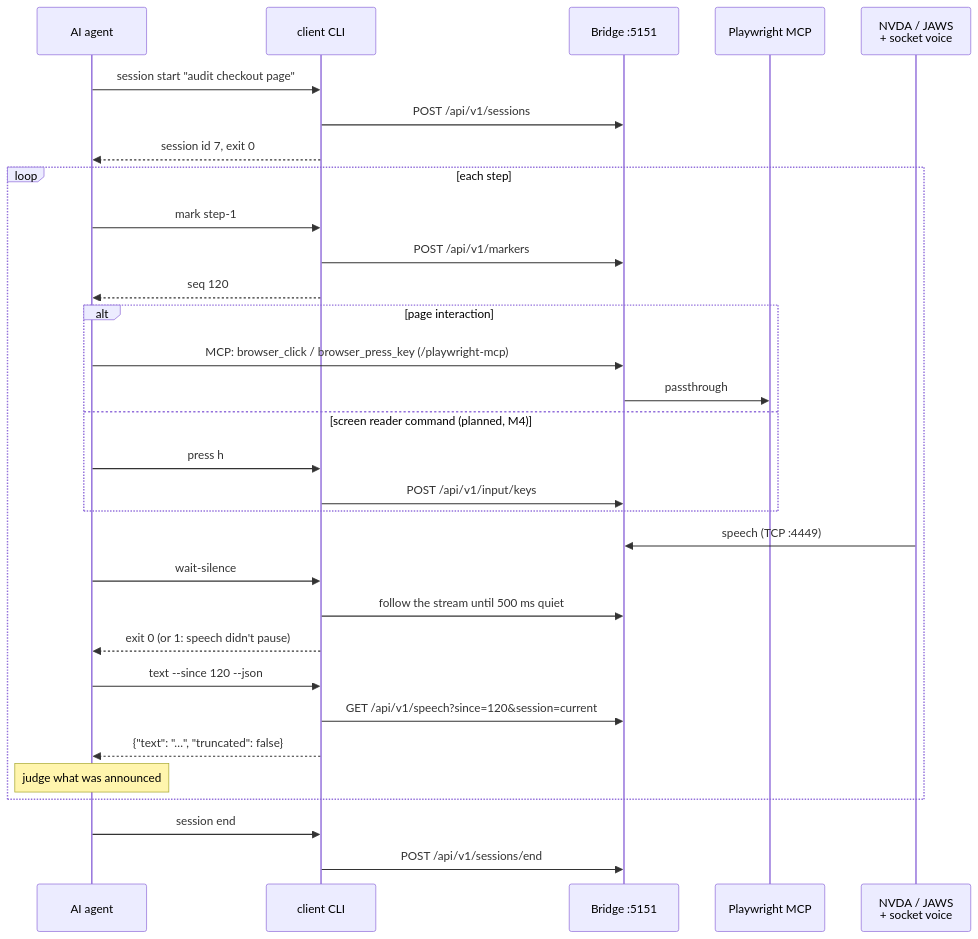
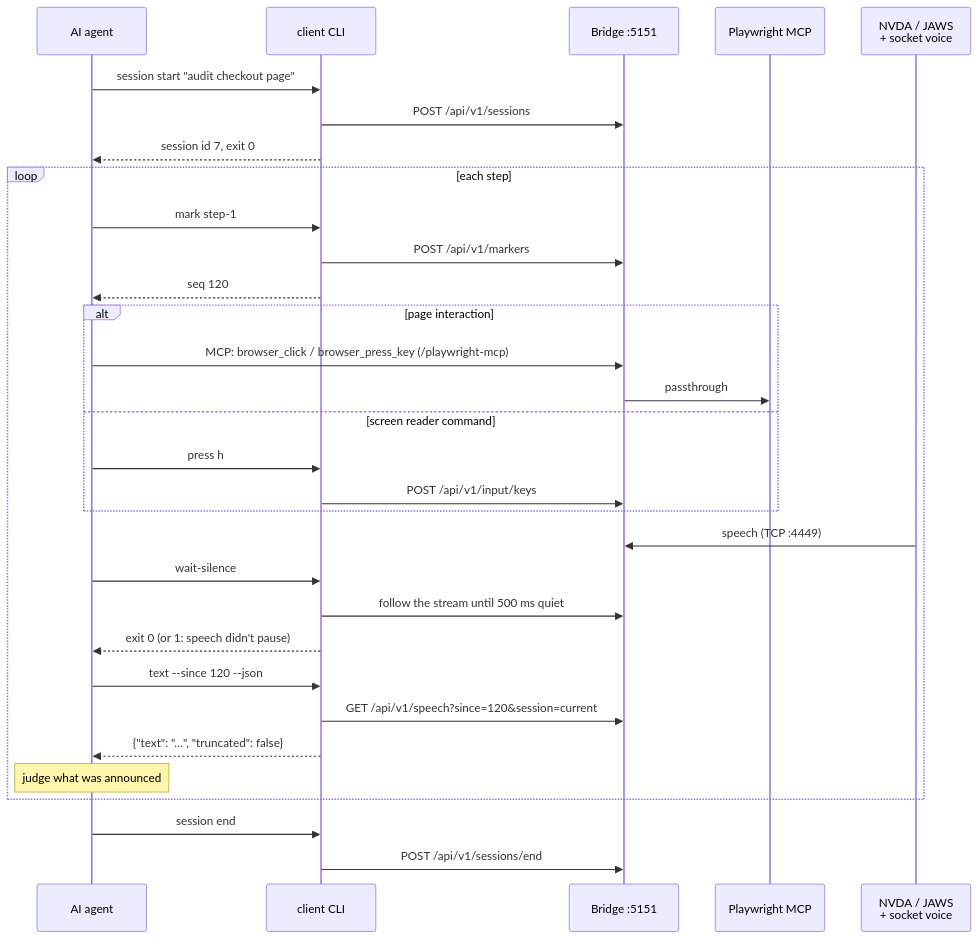
Before and after one commit to TimoSto/screenreader-speech-capture: the first of 2 diagrams in docs/usage/flows/agents.md, drawn with Mermaid. The commit also changed 73 other files, not shown here.

````diff
--- a/docs/usage/flows/agents.md
+++ b/docs/usage/flows/agents.md
@@ -17,34 +17,34 @@
 ```mermaid
 sequenceDiagram
     participant A as AI agent
     participant CLI as client CLI
     participant B as Bridge :5151
     participant MCP as Playwright MCP
     participant SR as NVDA / JAWS<br/>+ socket voice
 
     A->>CLI: session start "audit checkout page"
     CLI->>B: POST /api/v1/sessions
     CLI-->>A: session id 7, exit 0
     loop each step
         A->>CLI: mark step-1
         CLI->>B: POST /api/v1/markers
         CLI-->>A: seq 120
         alt page interaction
             A->>B: MCP: browser_click / browser_press_key (/playwright-mcp)
             B->>MCP: passthrough
-        else screen reader command (planned, M4)
+        else screen reader command
             A->>CLI: press h
             CLI->>B: POST /api/v1/input/keys
         end
         SR->>B: speech (TCP :4449)
         A->>CLI: wait-silence
         CLI->>B: follow the stream until 500 ms quiet
         CLI-->>A: exit 0 (or 1: speech didn't pause)
         A->>CLI: text --since 120 --json
         CLI->>B: GET /api/v1/speech?since=120&session=current
         CLI-->>A: {"text": "…", "truncated": false}
         Note over A: judge what was announced
     end
     A->>CLI: session end
     CLI->>B: POST /api/v1/sessions/end
 ```
````
